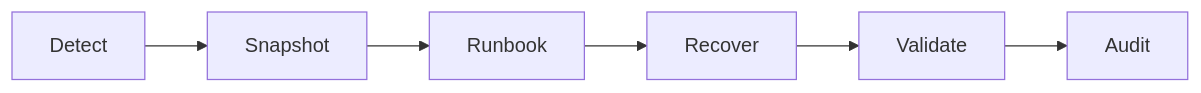
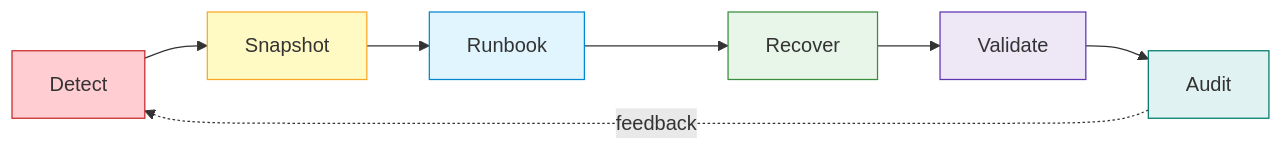
The second of 3 diagrams in README.md (AngelP17/Governor), drawn with Mermaid before and after one commit. The commit also changed other lines of this file and 1 other file, not shown here.

Commit message:
docs: add full architecture.md with 10 Mermaid diagrams, update README diagrams and clean headings

````diff
--- a/README.md
+++ b/README.md
@@ -63,8 +79,16 @@
 ```mermaid
 flowchart LR
-    D[Detect] --> S[Snapshot]
-    S --> R[Runbook]
-    R --> Rec[Recover]
-    Rec --> V[Validate]
-    V --> A[Audit]
+    D["Detect"] --> S["Snapshot"]
+    S --> R["Runbook"]
+    R --> Rec["Recover"]
+    Rec --> V["Validate"]
+    V --> A["Audit"]
+    A -.->|"feedback"| D
+
+    style D fill:#ffcdd2,stroke:#c62828
+    style S fill:#fff9c4,stroke:#f9a825
+    style R fill:#e1f5fe,stroke:#0288d1
+    style Rec fill:#e8f5e9,stroke:#388e3c
+    style V fill:#ede7f6,stroke:#5e35b1
+    style A fill:#e0f2f1,stroke:#00796b
 ```
````
